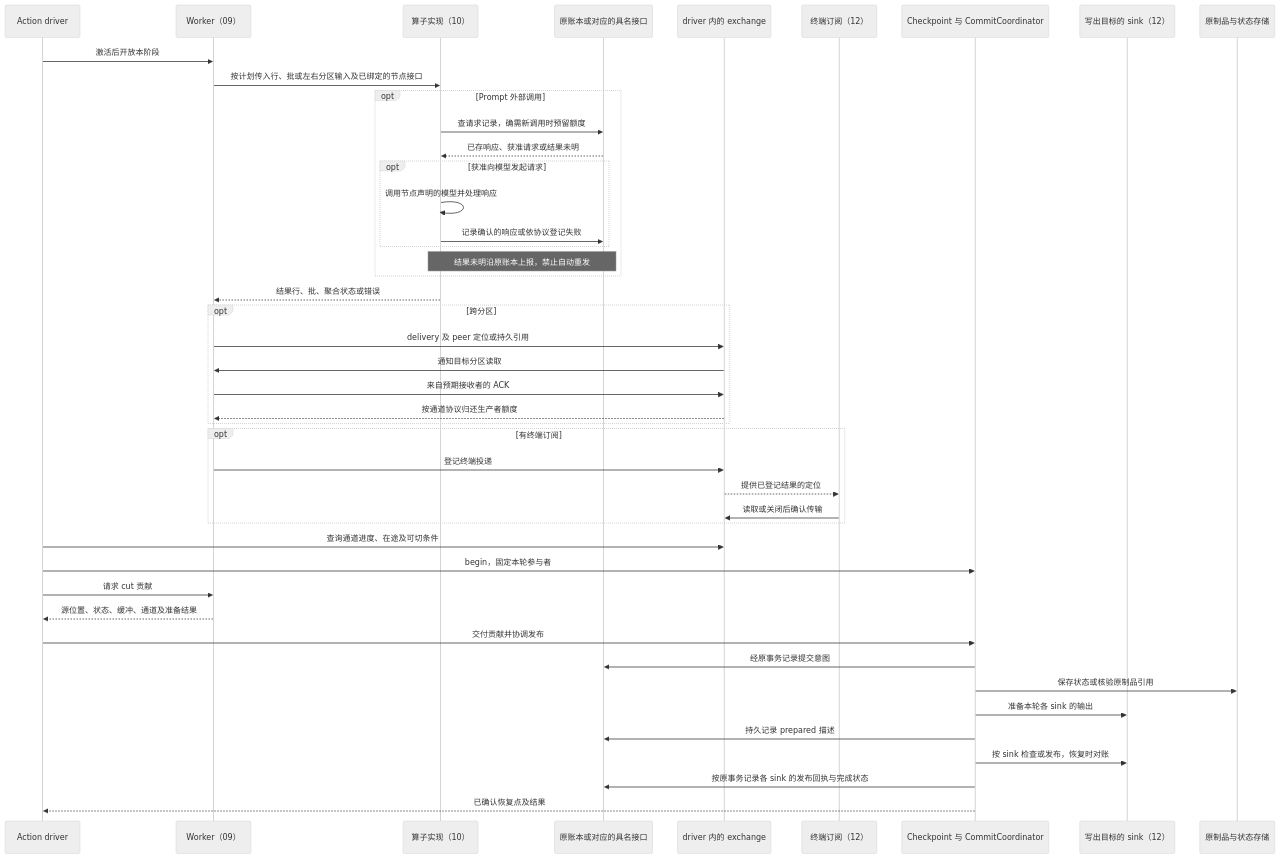
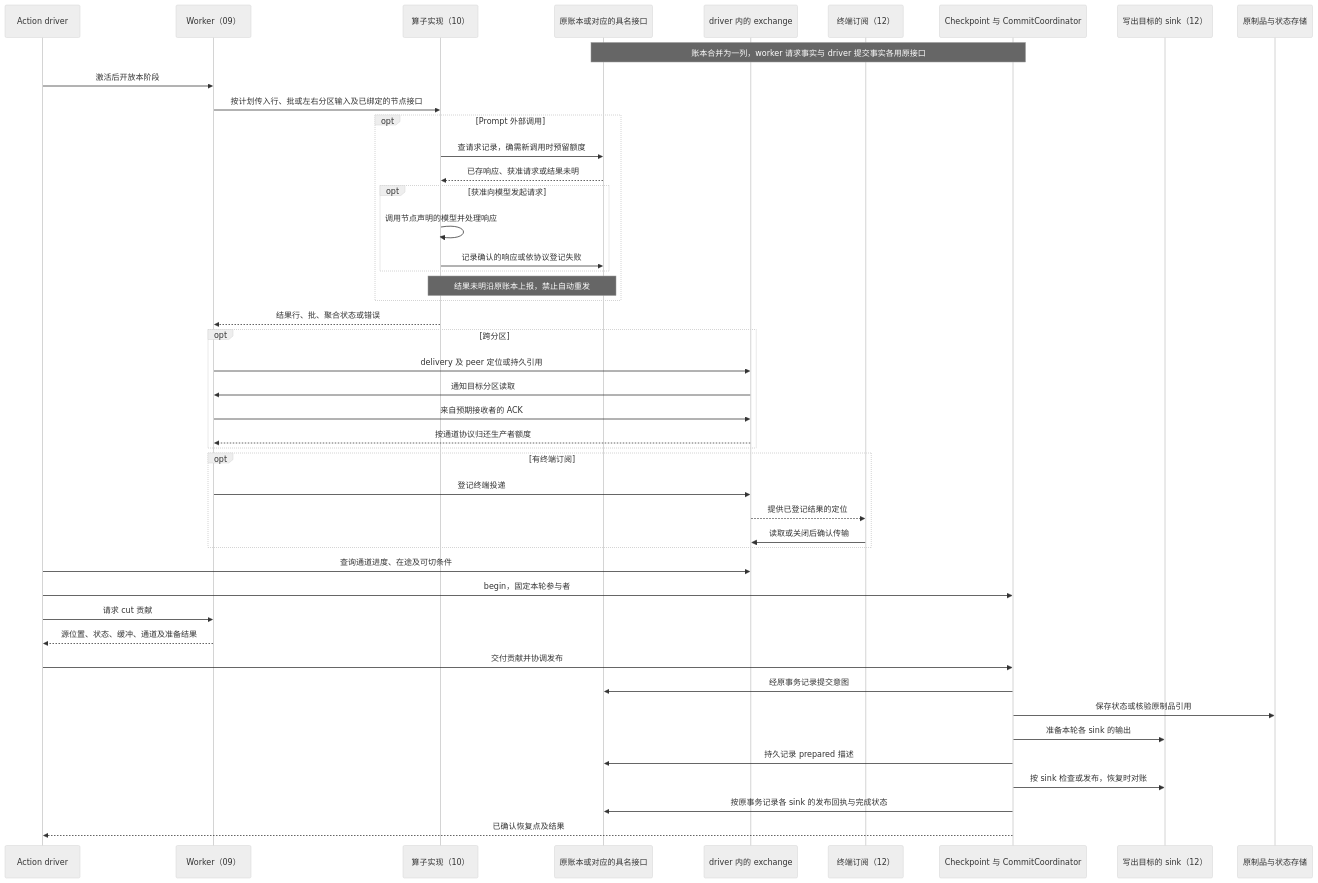
Diagram 13 of 14 in docs/demiflow-architecture.md (vincent9299/demiflow), drawn with Mermaid (neutral theme) before and after one commit. The commit also changed other lines of this file, not shown here.

Commit message:
Organize architecture into numbered responsibilities and linked sequence diagrams

````diff
--- a/docs/demiflow-architecture.md
+++ b/docs/demiflow-architecture.md
@@ -540,47 +513,48 @@
 ```mermaid
 sequenceDiagram
     participant D as Action driver
     participant W as Worker（09）
     participant O as 算子实现（10）
     participant J as 原账本或对应的具名接口
     participant X as driver 内的 exchange
     participant T as 终端订阅（12）
     participant C as Checkpoint 与 CommitCoordinator
     participant K as 写出目标的 sink（12）
     participant S as 原制品与状态存储
+    Note over J,C: 账本合并为一列，worker 请求事实与 driver 提交事实各用原接口
     D->>W: 激活后开放本阶段
     W->>O: 按计划传入行、批或左右分区输入及已绑定的节点接口
     opt Prompt 外部调用
         O->>J: 查请求记录，确需新调用时预留额度
         J-->>O: 已存响应、获准请求或结果未明
         opt 获准向模型发起请求
             O->>O: 调用节点声明的模型并处理响应
             O->>J: 记录确认的响应或依协议登记失败
         end
         Note over O,J: 结果未明沿原账本上报，禁止自动重发
     end
     O-->>W: 结果行、批、聚合状态或错误
     opt 跨分区
         W->>X: delivery 及 peer 定位或持久引用
         X->>W: 通知目标分区读取
         W->>X: 来自预期接收者的 ACK
         X-->>W: 按通道协议归还生产者额度
     end
     opt 有终端订阅
         W->>X: 登记终端投递
         X-->>T: 提供已登记结果的定位
         T->>X: 读取或关闭后确认传输
     end
     D->>X: 查询通道进度、在途及可切条件
     D->>C: begin，固定本轮参与者
     D->>W: 请求 cut 贡献
     W-->>D: 源位置、状态、缓冲、通道及准备结果
     D->>C: 交付贡献并协调发布
     C->>J: 经原事务记录提交意图
     C->>S: 保存状态或核验原制品引用
     C->>K: 准备本轮各 sink 的输出
     C->>J: 持久记录 prepared 描述
     C->>K: 按 sink 检查或发布，恢复时对账
     C->>J: 按原事务记录各 sink 的发布回执与完成状态
     C-->>D: 已确认恢复点及结果
 ```
````
